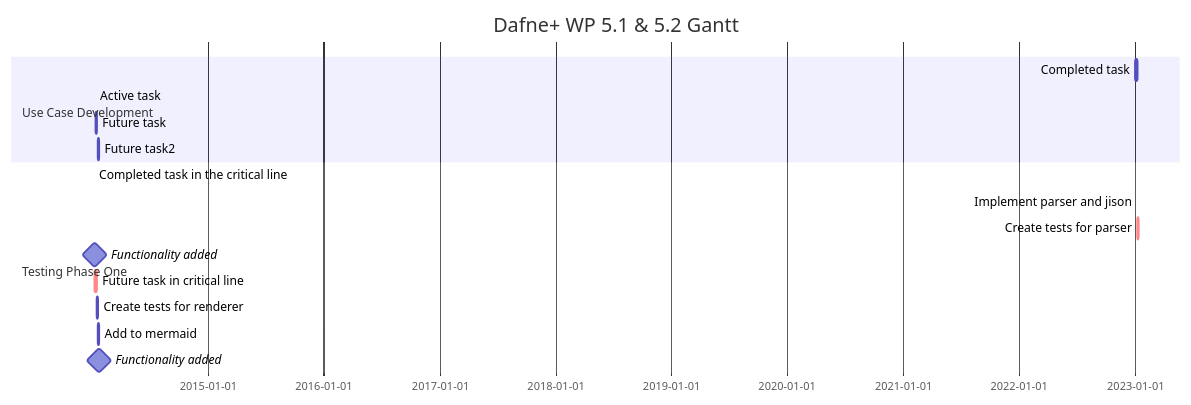
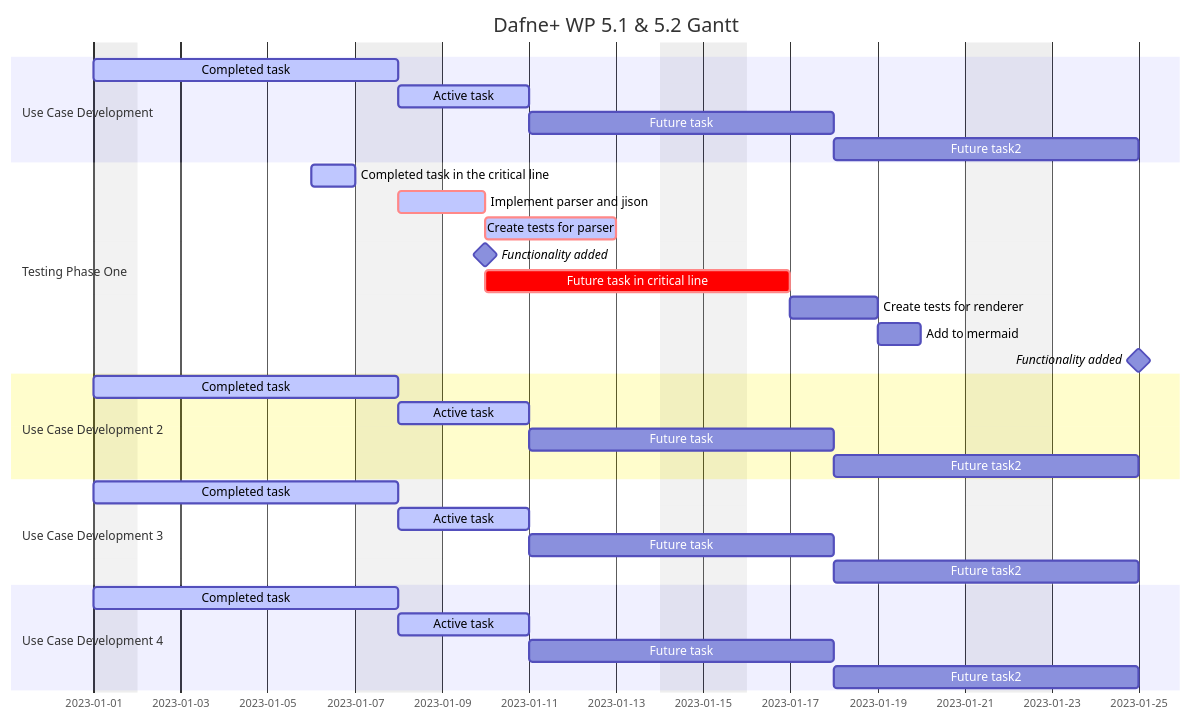
Before and after one commit to AlgorithmicAndrew/WP5: the diagram in gantt.md, drawn with Mermaid.

````diff
--- a/gantt.md
+++ b/gantt.md
@@ -1,29 +1,42 @@
 ```mermaid
 gantt
     dateFormat  YYYY-MM-DD
     title       Dafne+ WP 5.1 & 5.2 Gantt
     excludes    weekends
     %% (`excludes` accepts specific dates in YYYY-MM-DD format, days of the week ("sunday") or "weekends", but not the word "weekdays".)
 
-
-
-
-
-
     section Use Case Development
     Completed task            :active,    des1, 2023-01-01,2023-01-08
-    Active task               :active,  des2, 2014-01-08, 3d
+    Active task               :active,  des2, 2023-01-08, 3d
     Future task               :         des3, after des2, 5d
     Future task2              :         des4, after des3, 5d
 
     section Testing Phase One
-    Completed task in the critical line :active, 2014-01-06,24h
+    Completed task in the critical line :active, 2023-01-06,24h
     Implement parser and jison          :crit, active, after des1, 2d
     Create tests for parser             :crit, active, 3d
-    Functionality added                 :milestone, 2014-01-10, 0d
+    Functionality added                 :milestone, 2023-01-10, 0d
     Future task in critical line        :crit, 5d
     Create tests for renderer           :2d 
     Add to mermaid                      :1d
-    Functionality added                 :milestone, 2014-01-25, 0d
+    Functionality added                 :milestone, 2023-01-25, 0d
+    
+    section Use Case Development 2
+    Completed task            :active,    des1, 2023-01-01,2023-01-08
+    Active task               :active,  des2, 2023-01-08, 3d
+    Future task               :         des3, after des2, 5d
+    Future task2              :         des4, after des3, 5d
+    
+    section Use Case Development 3
+    Completed task            :active,    des1, 2023-01-01,2023-01-08
+    Active task               :active,  des2, 2023-01-08, 3d
+    Future task               :         des3, after des2, 5d
+    Future task2              :         des4, after des3, 5d
+    
+    section Use Case Development 4
+    Completed task            :active,    des1, 2023-01-01,2023-01-08
+    Active task               :active,  des2, 2023-01-08, 3d
+    Future task               :         des3, after des2, 5d
+    Future task2              :         des4, after des3, 5d
 
 ```
````
